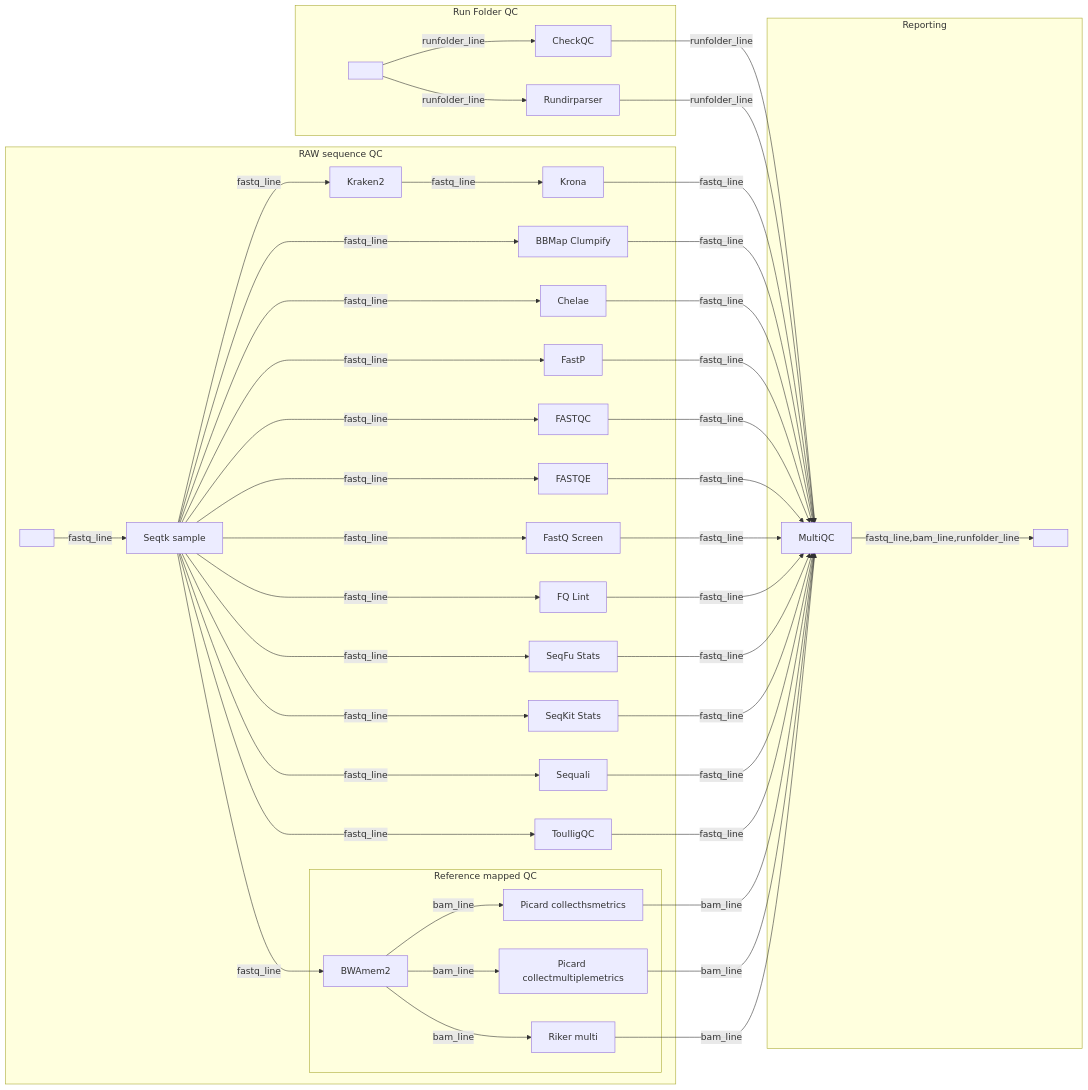
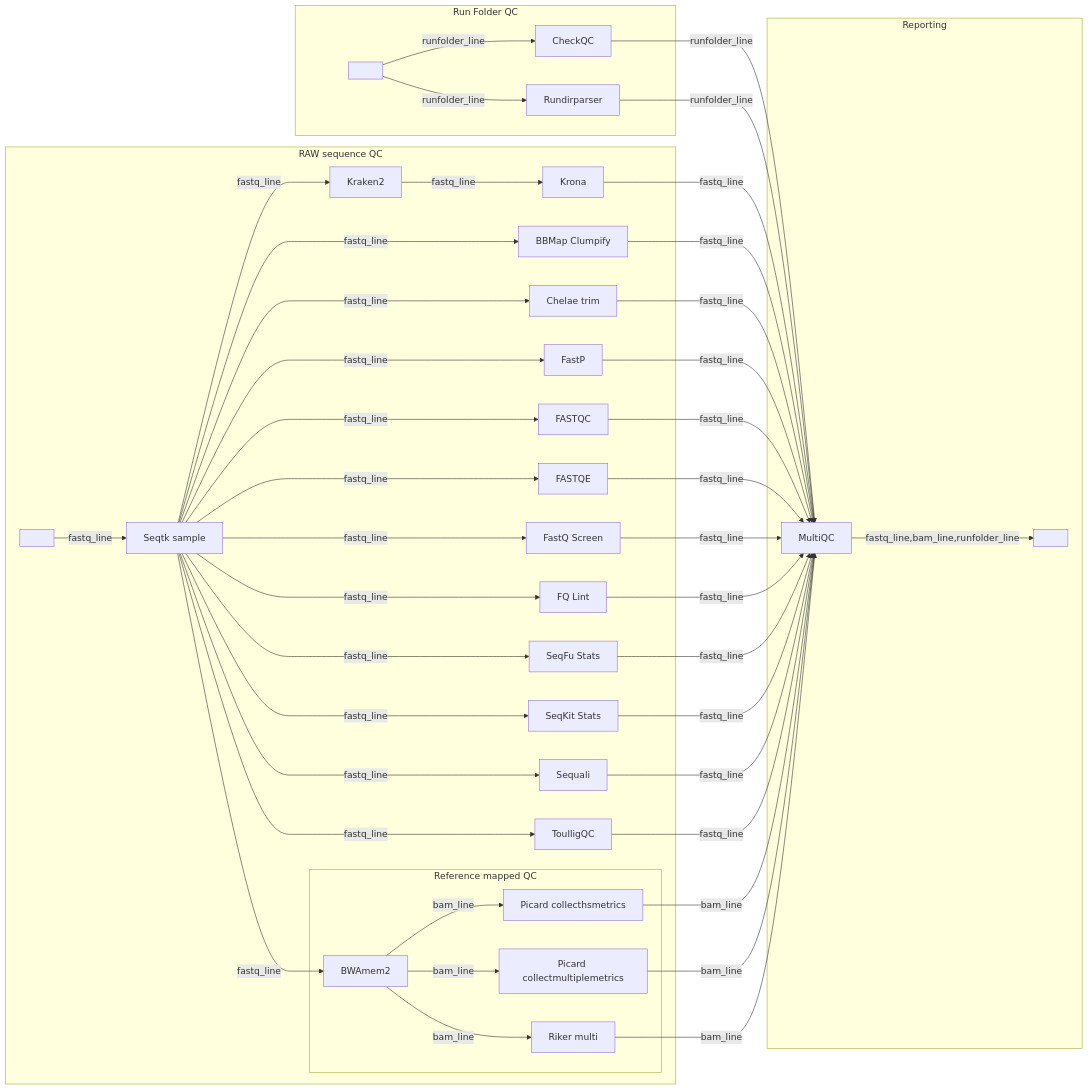
The diagram in docs/seqinspector.mmd (nf-core/seqinspector), drawn with Mermaid before and after one commit. The commit also changed 1 other file, not shown here.

```diff
--- a/docs/seqinspector.mmd
+++ b/docs/seqinspector.mmd
@@ -1,105 +1,105 @@
 %%metro title: nf-core/seqinspector
 %%metro style: dark
 %%metro logo: docs/images/nf-core-seqinspector_logo_dark.png
 
 %%metro line: runfolder_line | Run Folder | #1f77b4
 %%metro line: fastq_line | RAW sequence | #ff7f0e
 %%metro line: bam_line | Reference mapped | #24B064
 
 %%metro file: fastq_icon | FASTQ | | banner
 %%metro dir: runfolder_icon | RUNDIR
 %%metro file: multiqc_icon | HTML | | banner
 
 %%metro center_ports: true
 %%metro compact_offsets: true
 %%metro legend: bl
 
 %%metro grid: fastq_graph | 0,0,2
 %%metro grid: runfolder_graph | 1,0
 %%metro grid: bam_graph | 1,1
 %%metro grid: reporting_graph | 2,1,2
 
 graph LR
     subgraph fastq_graph [RAW sequence QC]
         fastq_icon[ ]
 
         bbmap[BBMap Clumpify]
-        chelae[Chelae]
+        chelae[Chelae trim]
         fastp[FastP]
         fastqc[FASTQC]
         fastqe[FASTQE]
         fastqscreen[FastQ Screen]
         fq_lint[FQ Lint]
         kraken2[Kraken2]
         krona[Krona]
         seqfu[SeqFu Stats]
         seqkit[SeqKit Stats]
         seqtk[Seqtk sample]
         sequali[Sequali]
         toulligqc[ToulligQC]
 
         fastq_icon -->|fastq_line| seqtk
 
         seqtk -->|fastq_line| kraken2
         kraken2 -->|fastq_line| krona
 
         subgraph bam_graph [Reference mapped QC]
             bwamem2[BWAmem2]
 
             picardhs[Picard collecthsmetrics]
             picardmultiple[Picard collectmultiplemetrics]
             riker[Riker multi]
 
             bwamem2 -->|bam_line| picardhs
             bwamem2 -->|bam_line| picardmultiple
             bwamem2 -->|bam_line| riker
         end
 
         seqtk -->|fastq_line| bbmap
         seqtk -->|fastq_line| chelae
         seqtk -->|fastq_line| fastp
         seqtk -->|fastq_line| fastqc
         seqtk -->|fastq_line| fastqe
         seqtk -->|fastq_line| fastqscreen
         seqtk -->|fastq_line| fq_lint
         seqtk -->|fastq_line| seqfu
         seqtk -->|fastq_line| seqkit
         seqtk -->|fastq_line| sequali
         seqtk -->|fastq_line| toulligqc
     end
 
     subgraph runfolder_graph [Run Folder QC]
         runfolder_icon[ ]
 
         checkqc[CheckQC]
         rundirparser[Rundirparser]
 
         runfolder_icon -->|runfolder_line| checkqc
         runfolder_icon -->|runfolder_line| rundirparser
     end
 
     subgraph reporting_graph [Reporting]
         %%metro direction: TB
         multiqc[MultiQC]
         multiqc -->|fastq_line,bam_line,runfolder_line| multiqc_icon
         multiqc_icon[ ]
     end
 
     bbmap -->|fastq_line| multiqc
     chelae -->|fastq_line| multiqc
     checkqc -->|runfolder_line| multiqc
     fastp -->|fastq_line| multiqc
     fastqc -->|fastq_line| multiqc
     fastqe -->|fastq_line| multiqc
     fastqscreen -->|fastq_line| multiqc
     fq_lint -->|fastq_line| multiqc
     krona -->|fastq_line| multiqc
     picardhs -->|bam_line| multiqc
     picardmultiple -->|bam_line| multiqc
     riker -->|bam_line| multiqc
     rundirparser -->|runfolder_line| multiqc
     seqfu -->|fastq_line| multiqc
     seqkit -->|fastq_line| multiqc
     seqtk -->|fastq_line| bwamem2
     sequali -->|fastq_line| multiqc
     toulligqc -->|fastq_line| multiqc
```
